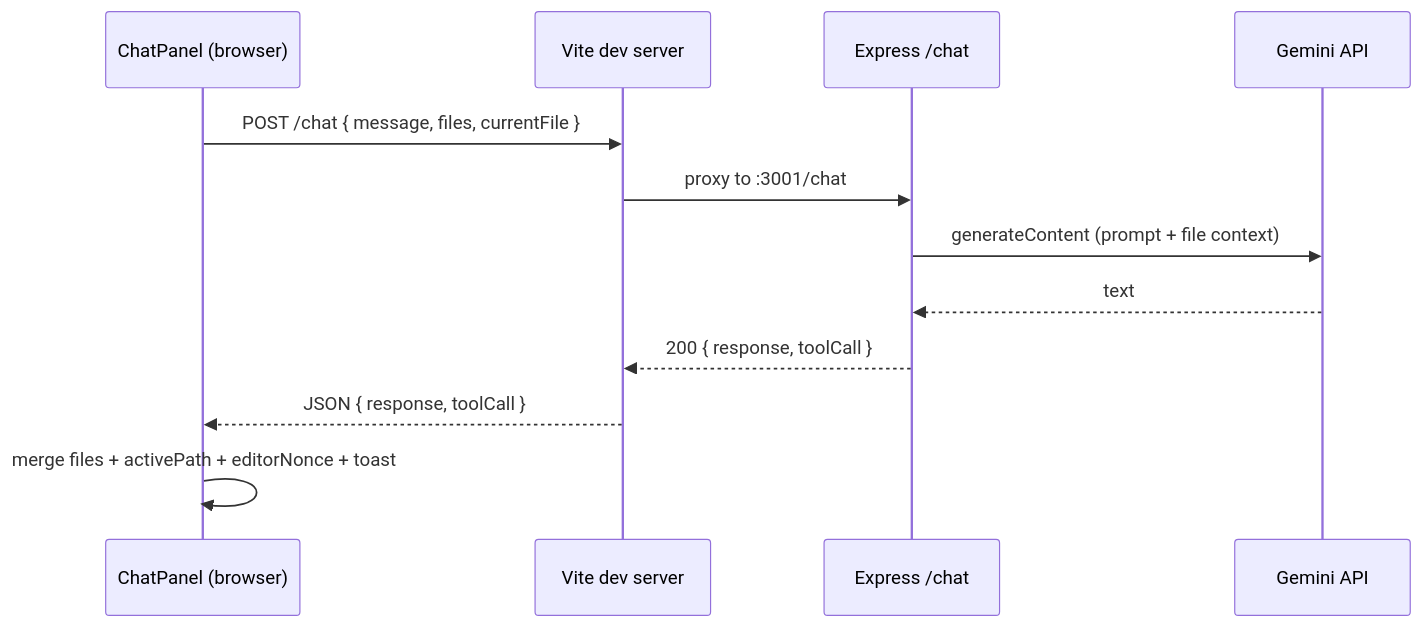
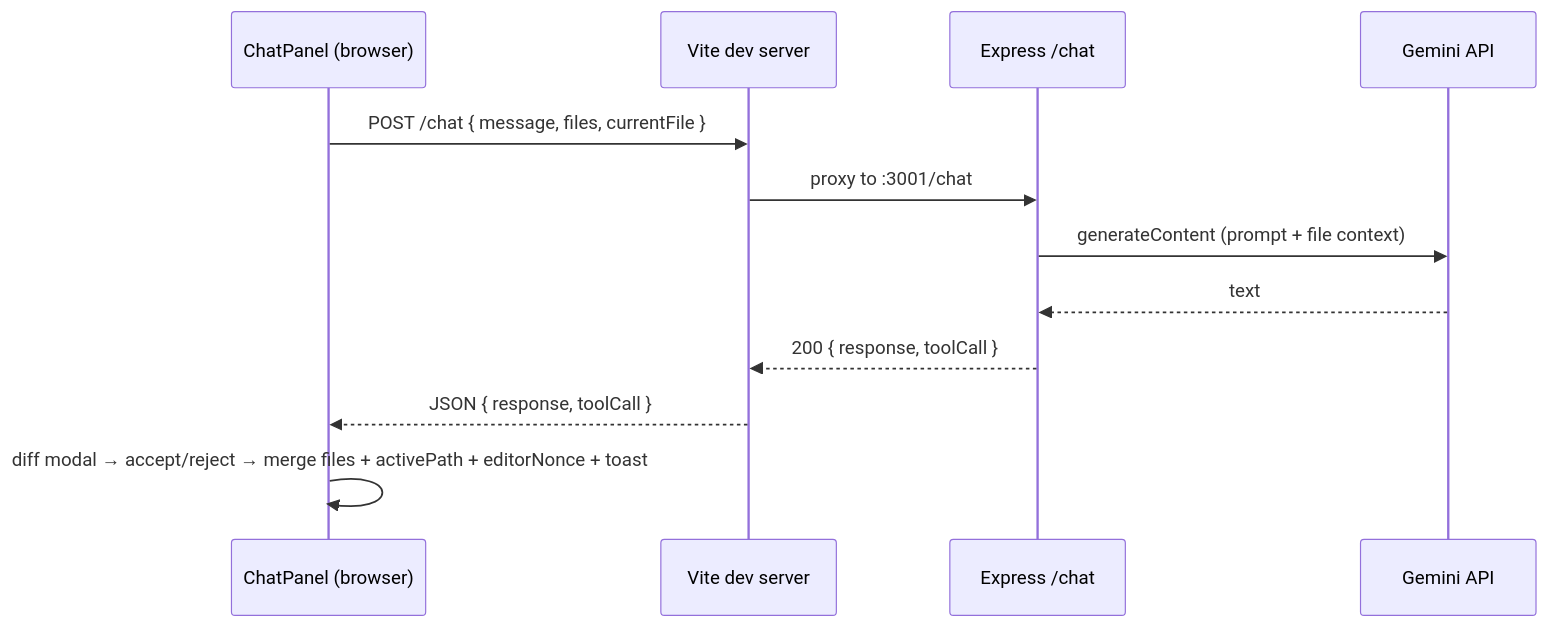
The diagram in README.md (kugloff/coding-with-cursor), drawn with Mermaid before and after one commit. The commit also changed other lines of this file and 7 other files, not shown here.

````diff
--- a/README.md
+++ b/README.md
@@ -120,15 +122,15 @@
 ```mermaid
 sequenceDiagram
   participant UI as ChatPanel (browser)
   participant Vite as Vite dev server
   participant API as Express /chat
   participant Gemini as Gemini API
 
   UI->>Vite: POST /chat { message, files, currentFile }
   Vite->>API: proxy to :3001/chat
   API->>Gemini: generateContent (prompt + file context)
   Gemini-->>API: text
   API-->>Vite: 200 { response, toolCall }
   Vite-->>UI: JSON { response, toolCall }
-  UI->>UI: merge files + activePath + editorNonce + toast
+  UI->>UI: diff modal → accept/reject → merge files + activePath + editorNonce + toast
 ```
````
